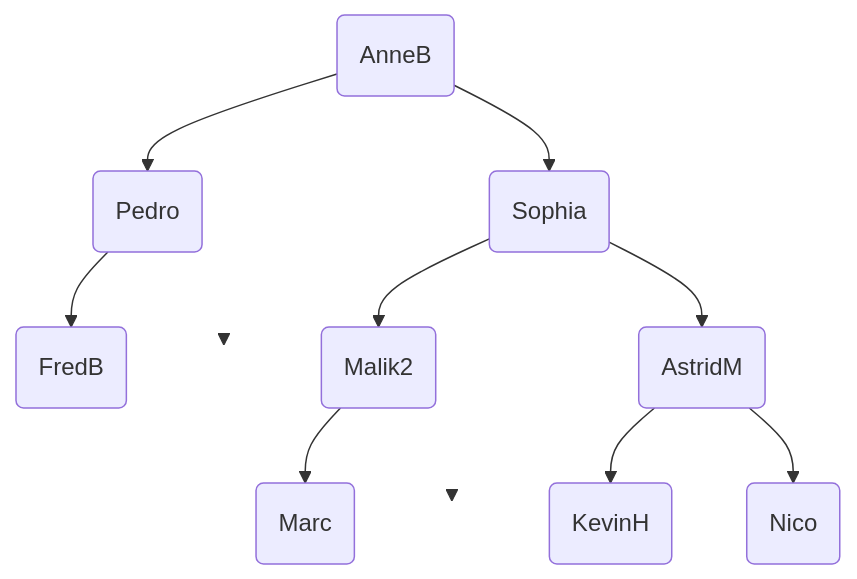
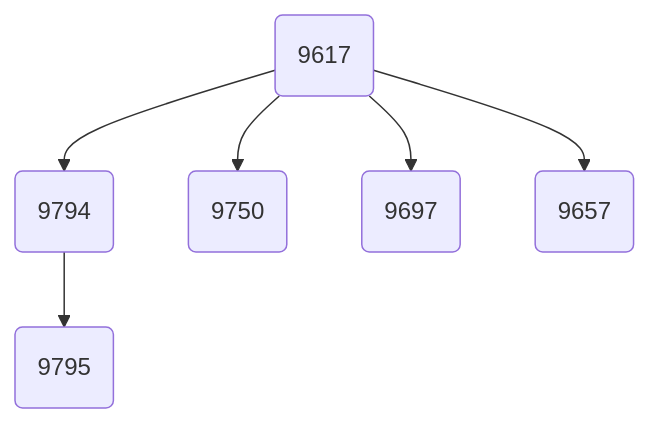
One commit to nsimeyroneinc/NSITerm2024 changed the fifth of 9 diagrams in docs/StructureDonnees/test.md. Above: the diagram before and after it, drawn with Mermaid. The commit also changed other lines of this file, not shown here.

````diff
--- a/docs/StructureDonnees/test.md
+++ b/docs/StructureDonnees/test.md
@@ -83,17 +82,8 @@
 ```mermaid
 graph TD
-    A("AnneB") --> B("Pedro") 
-    B --> D("FredB")
-    B --> E(" ")
-    A --> H("Sophia")
-    H --> I("Malik2")
-    H --> J("AstridM")
-    I --> K("Marc")
-    I --> L(" ")
-    J --> N("KevinH")
-    J --> M("Nico")
-    linkStyle 2 stroke-width:0px;
-    style E opacity:0;
-    linkStyle 7 stroke-width:0px;
-    style L opacity:0;
+    A("9617") --> B("9794") 
+    A --> D("9750")
+    A --> E("9697")
+    A --> H("9657")
+    B --> I("9795")
 ```
````
